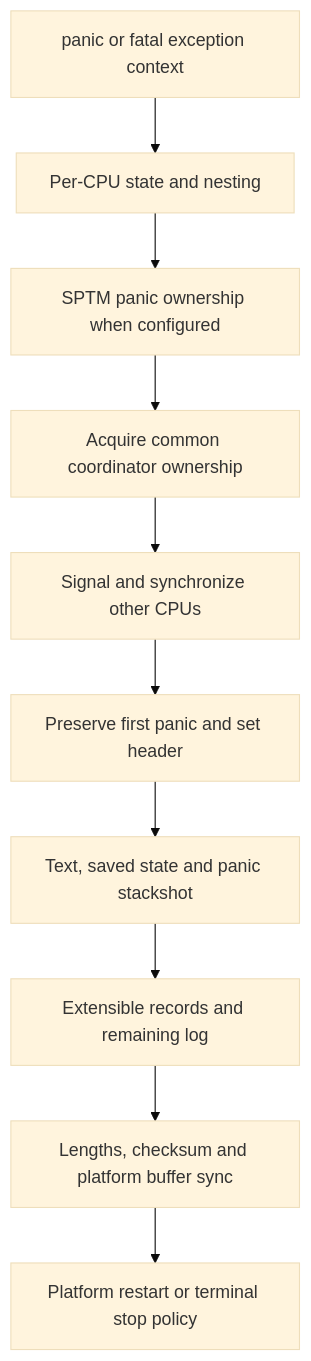
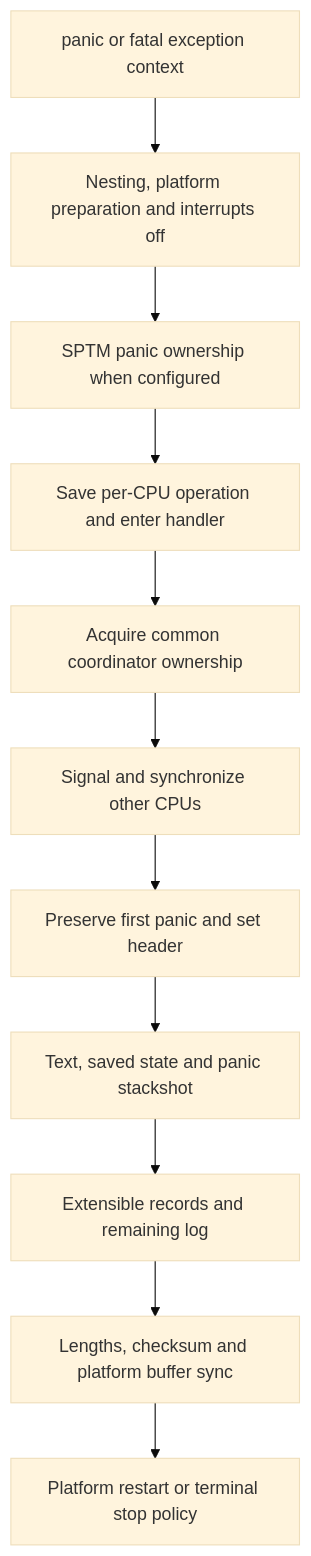
One commit to lcq2/platydoc changed the diagram in docs-ai/development/panic-coordination-and-records.md. Above: the diagram before and after it, drawn with Mermaid (base theme). The commit also changed other lines of this file and 63 other files, not shown here.

````diff
--- a/docs-ai/development/panic-coordination-and-records.md
+++ b/docs-ai/development/panic-coordination-and-records.md
@@ -44,12 +44,13 @@
 ```mermaid
 flowchart TD
-    P["panic or fatal exception context"] --> O["Per-CPU state and nesting"]
+    P["panic or fatal exception context"] --> O["Nesting, platform preparation and interrupts off"]
     O --> S["SPTM panic ownership when configured"]
-    S --> D["Acquire common coordinator ownership"]
+    S --> T["Save per-CPU operation and enter handler"]
+    T --> D["Acquire common coordinator ownership"]
     D --> H["Signal and synchronize other CPUs"]
     H --> F["Preserve first panic and set header"]
     F --> L["Text, saved state and panic stackshot"]
     L --> E["Extensible records and remaining log"]
     E --> C["Lengths, checksum and platform buffer sync"]
     C --> R["Platform restart or terminal stop policy"]
 ```
````
